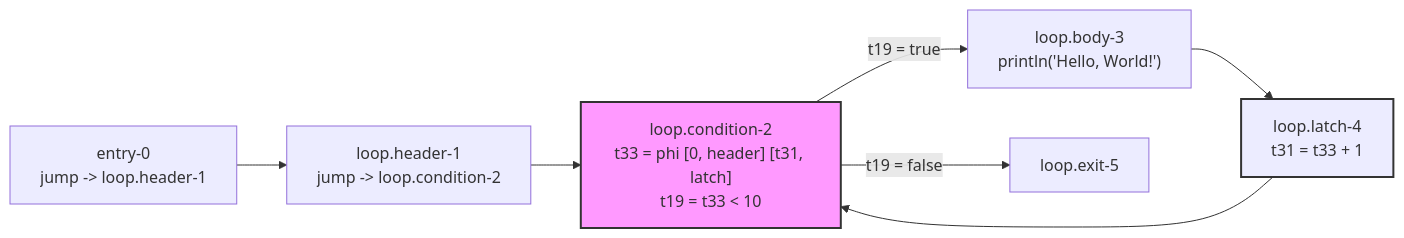
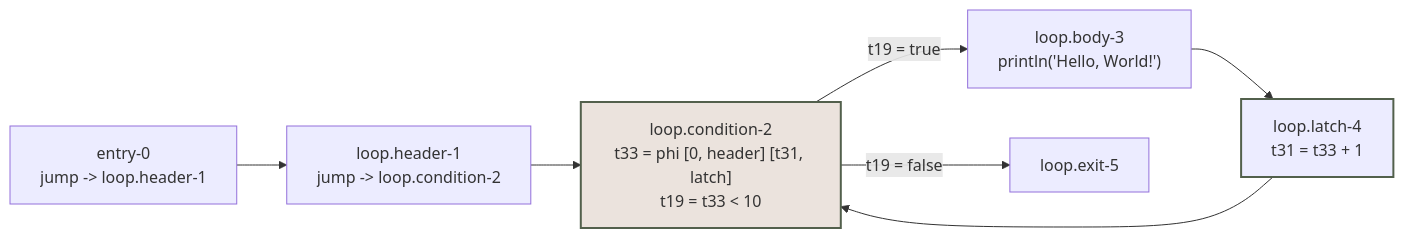
One commit to yaklang/ssa.to changed the fifth of 11 diagrams in static-analysis-guide/ssa-for-advanced-language-2.mdx. Above: the diagram before and after it, drawn with Mermaid. The commit also changed other lines of this file and 91 other files, not shown here.

````diff
--- a/static-analysis-guide/ssa-for-advanced-language-2.mdx
+++ b/static-analysis-guide/ssa-for-advanced-language-2.mdx
@@ -197,18 +205,18 @@
 ```mermaid
 graph LR
     A["entry-0<br/>jump -> loop.header-1"] --> B
 
     B["loop.header-1<br/>jump -> loop.condition-2"] --> C
 
     C["loop.condition-2<br/>t33 = phi [0, header] [t31, latch]<br/>t19 = t33 < 10"] -->|"t19 = true"| D
     C -->|"t19 = false"| F
 
     D["loop.body-3<br/>println('Hello, World!')"] --> E
 
     E["loop.latch-4<br/>t31 = t33 + 1"] --> C
 
     F["loop.exit-5"]
 
-    style C fill:#f9f,stroke:#333,stroke-width:2px
-    style E fill:#lightblue,stroke:#333,stroke-width:2px
+    style C fill:#ebe3dd,stroke:#52604c,stroke-width:2px
+    style E fill:#lightblue,stroke:#52604c,stroke-width:2px
 ```
````
